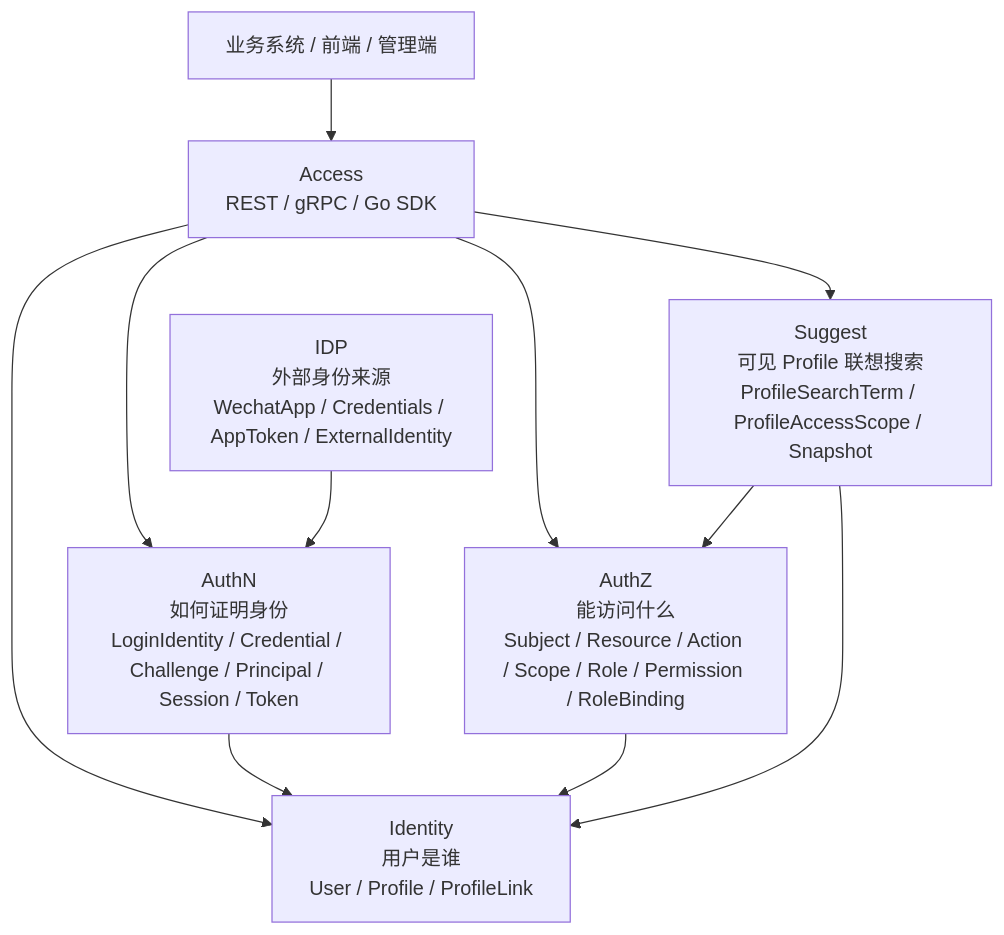
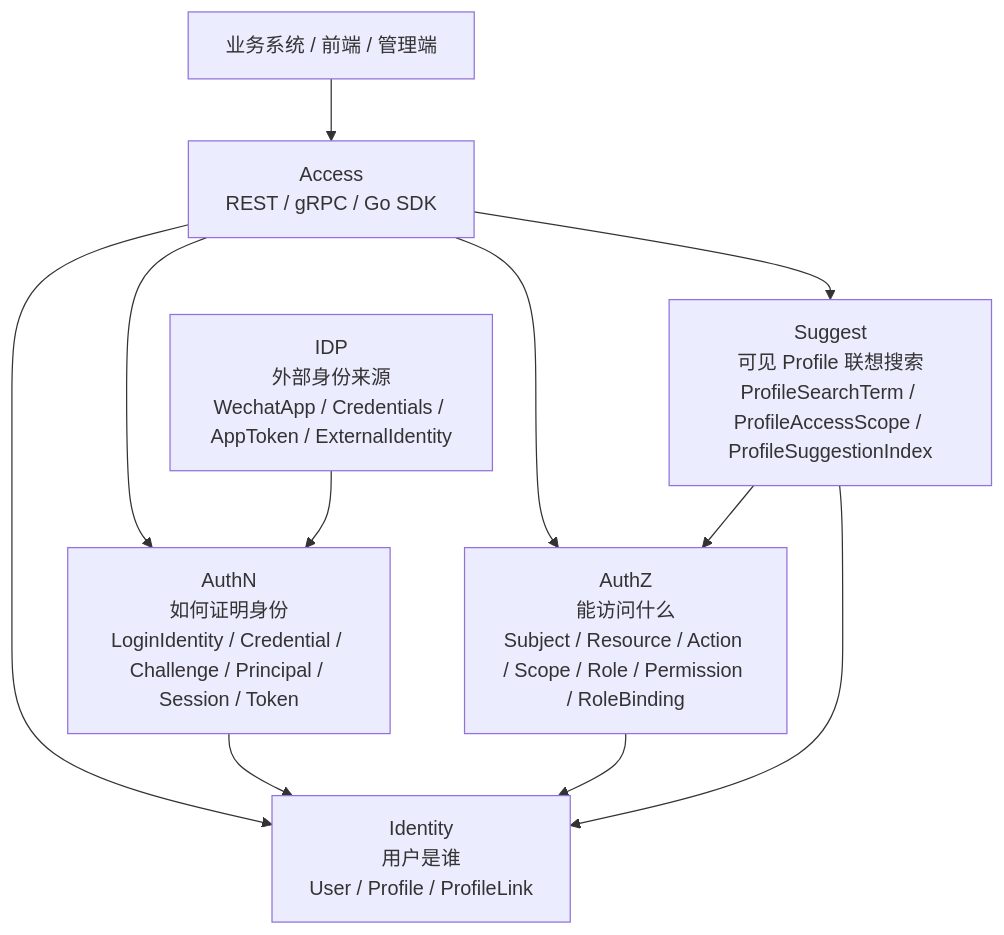
One commit to FangcunMount/iam changed the diagram in docs/00-概览/01-IAM系统定位.md. Above: the diagram before and after it, drawn with Mermaid. The commit also changed other lines of this file and 141 other files, not shown here.

````diff
--- a/docs/00-概览/01-IAM系统定位.md
+++ b/docs/00-概览/01-IAM系统定位.md
@@ -49,23 +49,23 @@
 ```mermaid
 flowchart TD
     Client["业务系统 / 前端 / 管理端"]
     Access["Access\nREST / gRPC / Go SDK"]
 
     Identity["Identity\n用户是谁\nUser / Profile / ProfileLink"]
     AuthN["AuthN\n如何证明身份\nLoginIdentity / Credential / Challenge / Principal / Session / Token"]
     AuthZ["AuthZ\n能访问什么\nSubject / Resource / Action / Scope / Role / Permission / RoleBinding"]
     IDP["IDP\n外部身份来源\nWechatApp / Credentials / AppToken / ExternalIdentity"]
-    Suggest["Suggest\n可见 Profile 联想搜索\nProfileSearchTerm / ProfileAccessScope / Snapshot"]
+    Suggest["Suggest\n可见 Profile 联想搜索\nProfileSearchTerm / ProfileAccessScope / ProfileSuggestionIndex"]
 
     Client --> Access
     Access --> Identity
     Access --> AuthN
     Access --> AuthZ
     Access --> Suggest
 
     IDP --> AuthN
     AuthN --> Identity
     AuthZ --> Identity
     Suggest --> Identity
     Suggest --> AuthZ
 ```
````
